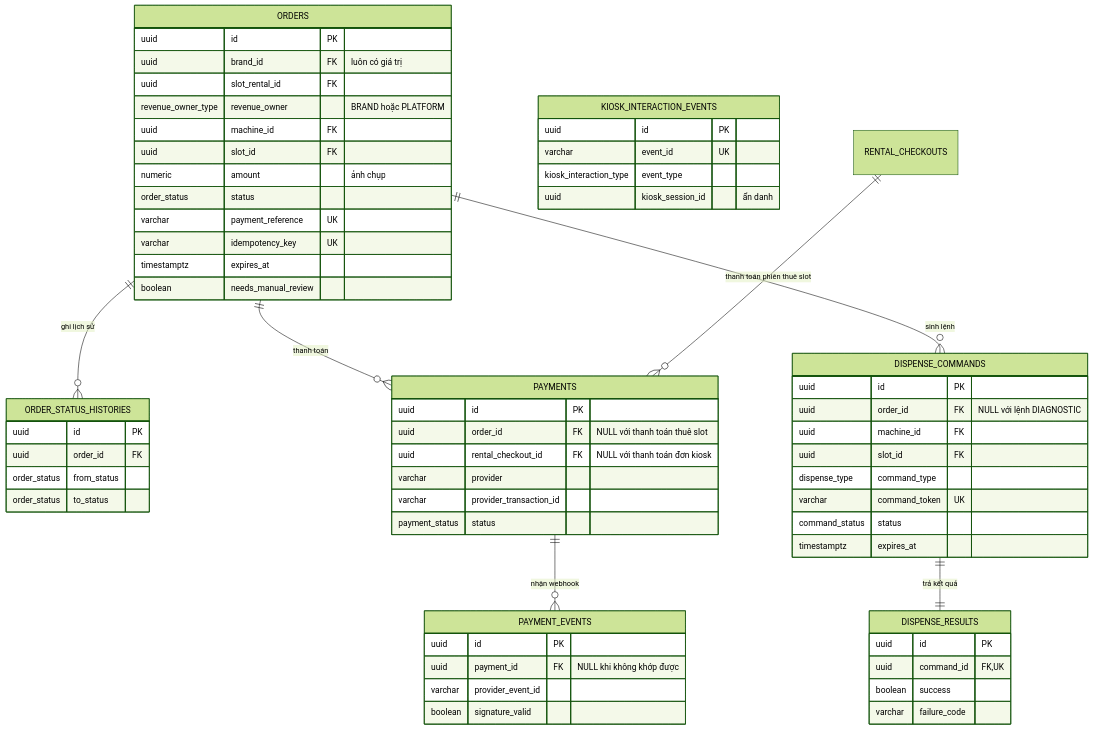
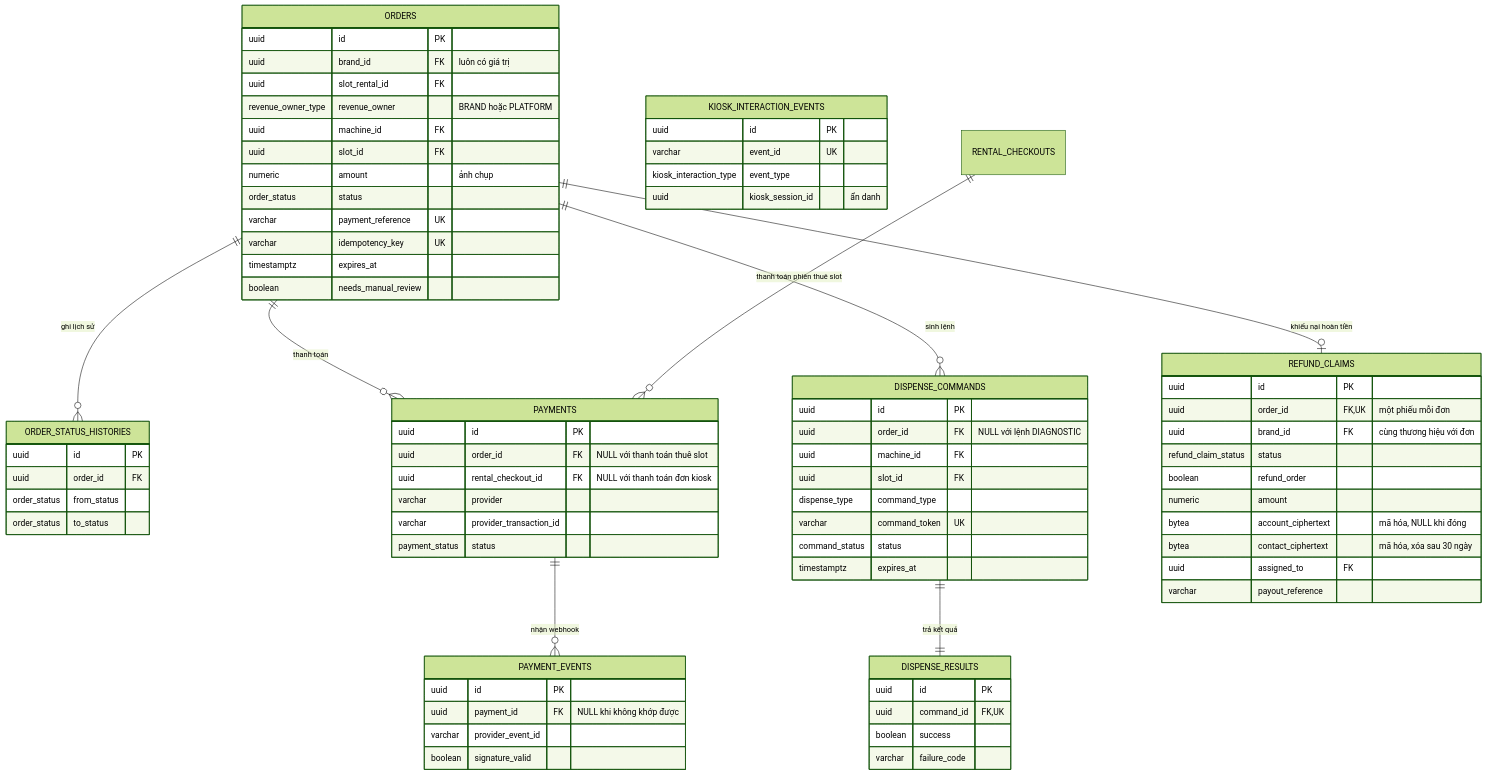
Before and after one commit to nhax-work/Muti-Brand_PerfumeIOT: the fifth of 7 diagrams in spec/contracts/erd.md, drawn with Mermaid (forest theme). The commit also changed other lines of this file and 15 other files, not shown here.

First line of the commit message:
feat(ORD): áp đặc tả và contract của ADR-0012 — phiếu khiếu nại hoàn tiền

````diff
--- a/spec/contracts/erd.md
+++ b/spec/contracts/erd.md
@@ -336,66 +336,79 @@
 ```mermaid
 erDiagram
     ORDERS {
         uuid id PK
         uuid brand_id FK "luôn có giá trị"
         uuid slot_rental_id FK
         revenue_owner_type revenue_owner "BRAND hoặc PLATFORM"
         uuid machine_id FK
         uuid slot_id FK
         numeric amount "ảnh chụp"
         order_status status
         varchar payment_reference UK
         varchar idempotency_key UK
         timestamptz expires_at
         boolean needs_manual_review
     }
     ORDER_STATUS_HISTORIES {
         uuid id PK
         uuid order_id FK
         order_status from_status
         order_status to_status
     }
     PAYMENTS {
         uuid id PK
         uuid order_id FK "NULL với thanh toán thuê slot"
         uuid rental_checkout_id FK "NULL với thanh toán đơn kiosk"
         varchar provider
         varchar provider_transaction_id
         payment_status status
     }
     PAYMENT_EVENTS {
         uuid id PK
         uuid payment_id FK "NULL khi không khớp được"
         varchar provider_event_id
         boolean signature_valid
     }
     DISPENSE_COMMANDS {
         uuid id PK
         uuid order_id FK "NULL với lệnh DIAGNOSTIC"
         uuid machine_id FK
         uuid slot_id FK
         dispense_type command_type
         varchar command_token UK
         command_status status
         timestamptz expires_at
     }
     DISPENSE_RESULTS {
         uuid id PK
         uuid command_id FK,UK
         boolean success
         varchar failure_code
     }
     KIOSK_INTERACTION_EVENTS {
         uuid id PK
         varchar event_id UK
         kiosk_interaction_type event_type
         uuid kiosk_session_id "ẩn danh"
     }
+    REFUND_CLAIMS {
+        uuid id PK
+        uuid order_id FK,UK "một phiếu mỗi đơn"
+        uuid brand_id FK "cùng thương hiệu với đơn"
+        refund_claim_status status
+        boolean refund_order
+        numeric amount
+        bytea account_ciphertext "mã hóa, NULL khi đóng"
+        bytea contact_ciphertext "mã hóa, xóa sau 30 ngày"
+        uuid assigned_to FK
+        varchar payout_reference
+    }
 
     ORDERS ||--o{ ORDER_STATUS_HISTORIES : "ghi lịch sử"
     ORDERS ||--o{ PAYMENTS : "thanh toán"
     RENTAL_CHECKOUTS ||--o{ PAYMENTS : "thanh toán phiên thuê slot"
     PAYMENTS ||--o{ PAYMENT_EVENTS : "nhận webhook"
     ORDERS ||--o{ DISPENSE_COMMANDS : "sinh lệnh"
     DISPENSE_COMMANDS ||--|| DISPENSE_RESULTS : "trả kết quả"
+    ORDERS ||--o| REFUND_CLAIMS : "khiếu nại hoàn tiền"
 ```
````
